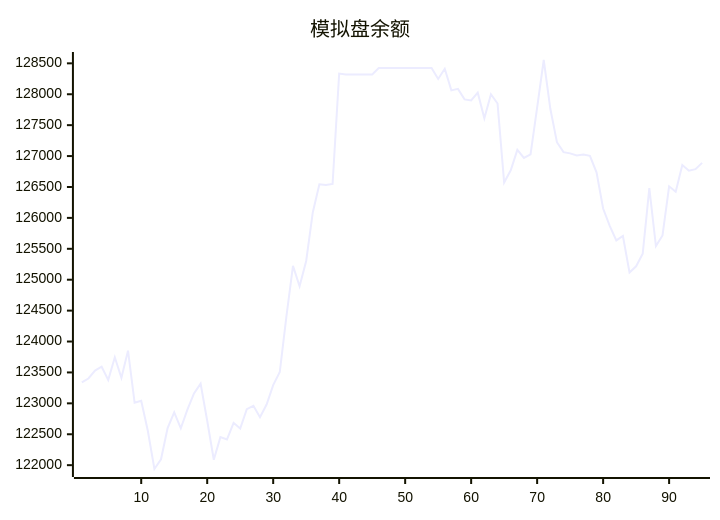
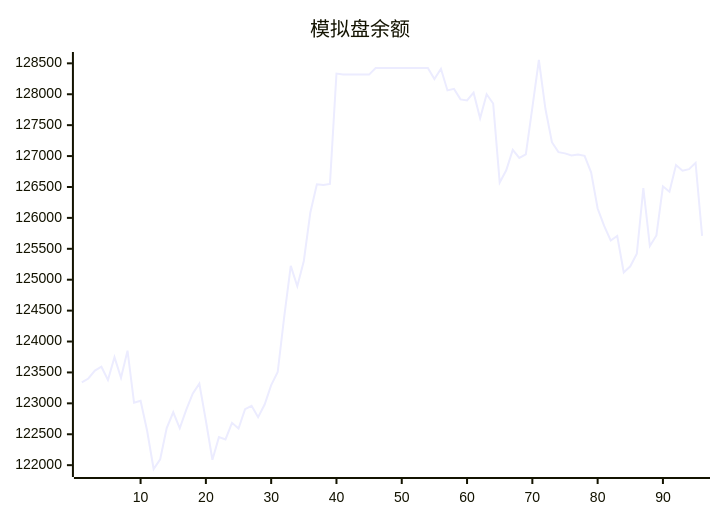
One commit to aahl/ai-trading changed the diagram in README.md. Above: the diagram before and after it, drawn with Mermaid. The commit also changed other lines of this file and 1 other file, not shown here.

````diff
--- a/README.md
+++ b/README.md
@@ -5,5 +5,5 @@
 ```mermaid
 xychart
     title "模拟盘余额"
-    line [123338,123402,123530,123592,123378,123745,123413,123853,123009,123040,122557,121938,122095,122599,122856,122597,122898,123160,123319,122719,122087,122454,122416,122685,122592,122907,122961,122776,122981,123295,123507,124403,125224,124894,125303,126088,126544,126534,126549,128335,128318,128318,128318,128318,128318,128424,128424,128424,128424,128424,128424,128424,128424,128424,128247,128412,128062,128087,127917,127901,128026,127611,128000,127850,126572,126770,127100,126971,127029,127783,128554,127765,127224,127064,127044,127009,127025,127004,126738,126152,125871,125635,125707,125117,125217,125420,126480,125545,125715,126511,126424,126856,126764,126788,126890]
+    line [123338,123402,123530,123592,123378,123745,123413,123853,123009,123040,122557,121938,122095,122599,122856,122597,122898,123160,123319,122719,122087,122454,122416,122685,122592,122907,122961,122776,122981,123295,123507,124403,125224,124894,125303,126088,126544,126534,126549,128335,128318,128318,128318,128318,128318,128424,128424,128424,128424,128424,128424,128424,128424,128424,128247,128412,128062,128087,127917,127901,128026,127611,128000,127850,126572,126770,127100,126971,127029,127783,128554,127765,127224,127064,127044,127009,127025,127004,126738,126152,125871,125635,125707,125117,125217,125420,126480,125545,125715,126511,126424,126856,126764,126788,126890,125710]
 ```
````
